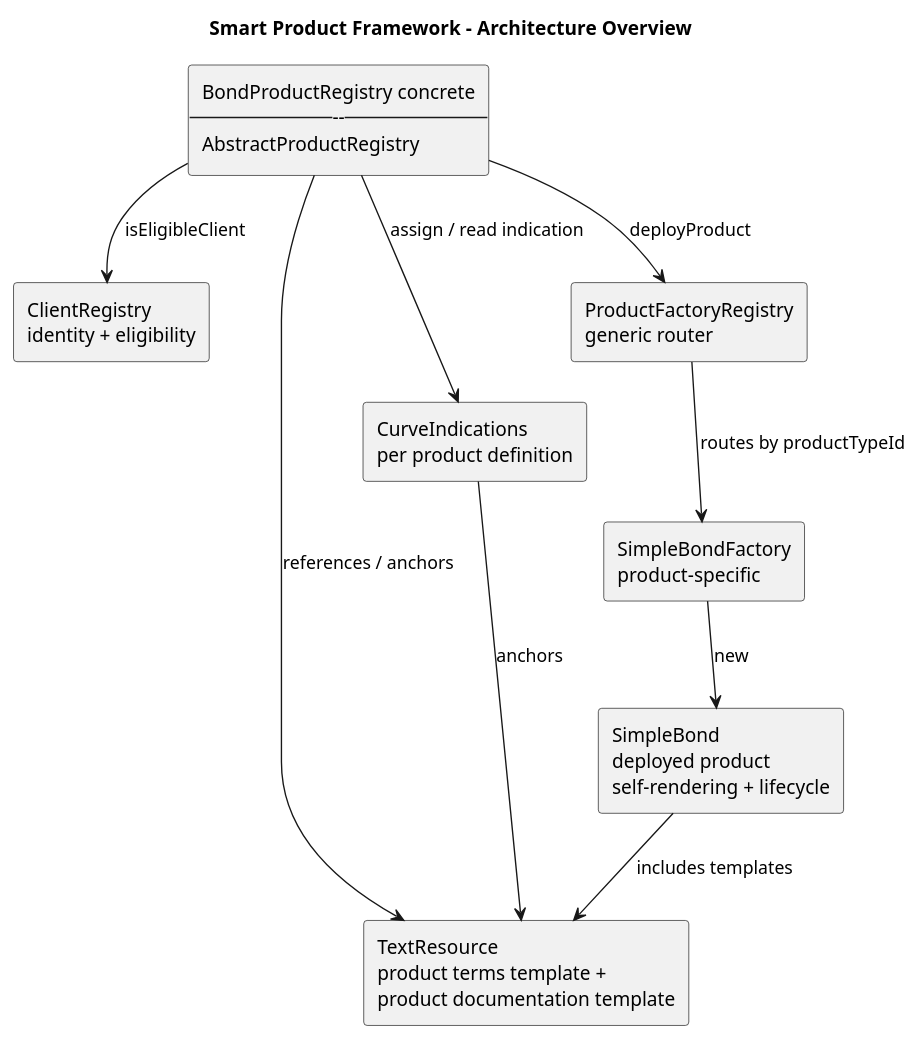
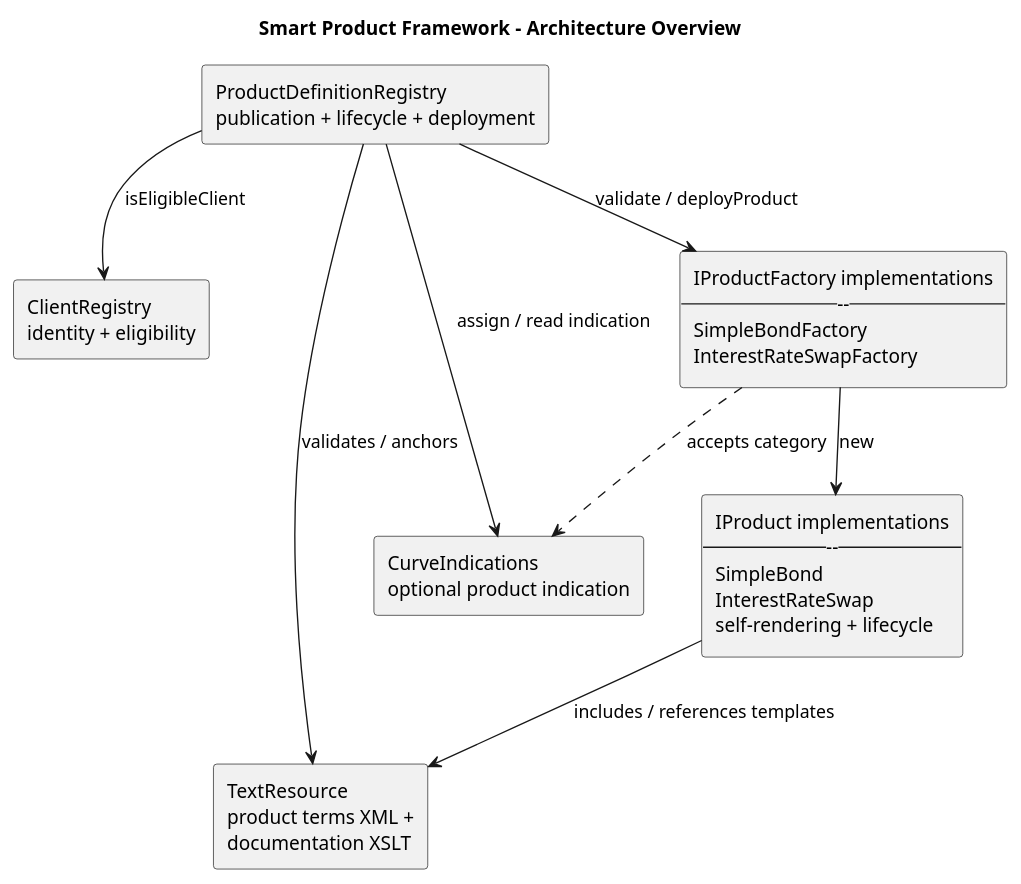
One commit to Julius278/finmath-smart-derivative-contract changed the diagram in framework/origins/representable-contract-state/src/site/resources/diagrams/smart-product-framework-architecture.puml. Above: the diagram before and after it, drawn with PlantUML. The commit also changed 2 other files, not shown here.

Commit message:
Updating architecture overview and sequence diagram based on new architecture. Adding refactoring description for traceability.

```diff
--- a/framework/origins/representable-contract-state/src/site/resources/diagrams/smart-product-framework-architecture.puml
+++ b/framework/origins/representable-contract-state/src/site/resources/diagrams/smart-product-framework-architecture.puml
@@ -1,24 +1,22 @@
 @startuml
 ' Published as ../images/smart-product-framework-architecture.svg.
 title Smart Product Framework - Architecture Overview
 
 skinparam componentStyle rectangle
 top to bottom direction
 
-rectangle "ClientRegistry\nidentity + eligibility" as IR
-rectangle "BondProductRegistry concrete\n------\nAbstractProductRegistry" as REG
-rectangle "TextResource\nproduct terms template +\nproduct documentation template" as TR
-rectangle "CurveIndications\nper product definition" as CI
-rectangle "ProductFactoryRegistry\ngeneric router" as GF
-rectangle "SimpleBondFactory\nproduct-specific" as SF
-rectangle "SimpleBond\ndeployed product\nself-rendering + lifecycle" as P
+rectangle "ClientRegistry\nidentity + eligibility" as CR
+rectangle "ProductDefinitionRegistry\npublication + lifecycle + deployment" as REG
+rectangle "TextResource\nproduct terms XML +\ndocumentation XSLT" as TR
+rectangle "CurveIndications\noptional product indication" as IND
+rectangle "IProductFactory implementations\n------\nSimpleBondFactory\nInterestRateSwapFactory" as FACTORY
+rectangle "IProduct implementations\n------\nSimpleBond\nInterestRateSwap\nself-rendering + lifecycle" as PRODUCT
 
-REG --> IR : isEligibleClient
-REG --> TR : references / anchors
-REG --> CI : assign / read indication
-CI  --> TR : anchors
-REG --> GF : deployProduct
-GF  --> SF : routes by productTypeId
-SF  --> P  : new
-P   --> TR : includes templates
+REG --> CR : isEligibleClient
+REG --> TR : validates / anchors
+REG --> IND : assign / read indication
+REG --> FACTORY : validate / deployProduct
+FACTORY ..> IND : accepts category
+FACTORY --> PRODUCT : new
+PRODUCT --> TR : includes / references templates
 @enduml
```
